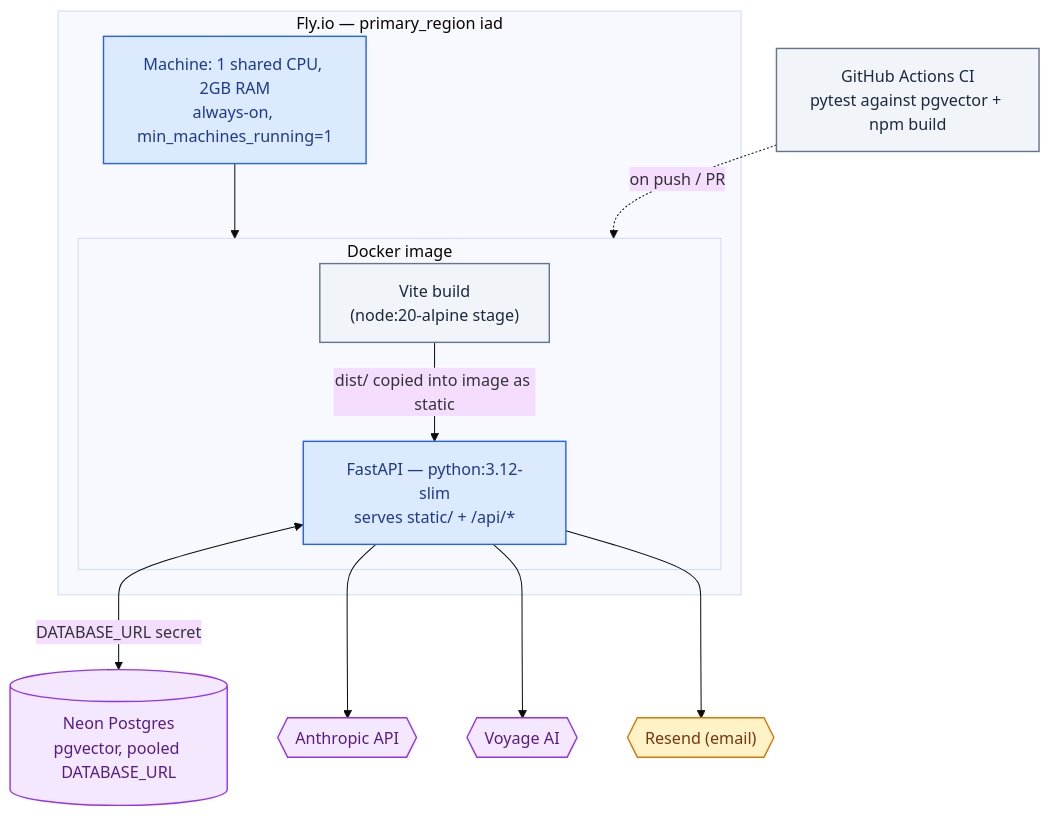
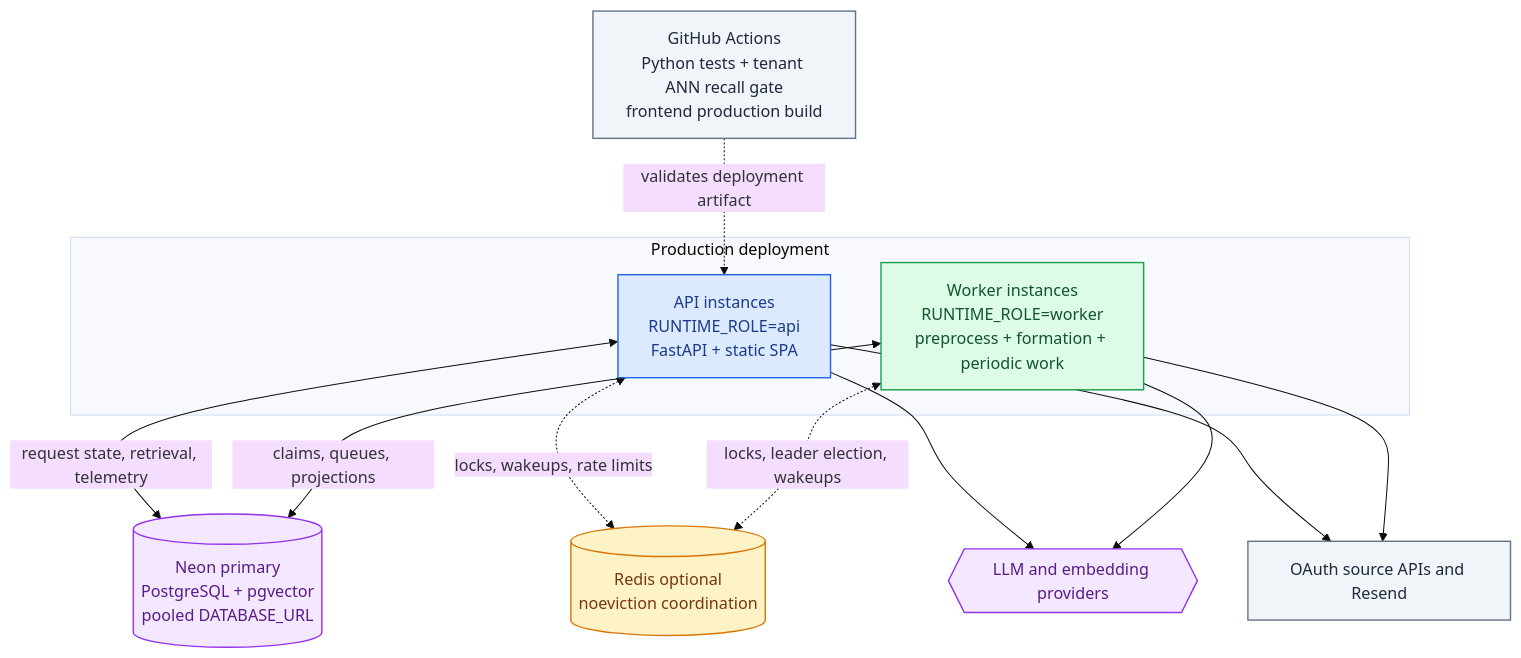
The eighth of 8 diagrams in README.md (KarimMakhlas/YBase), drawn with Mermaid (base theme) before and after one commit. The commit also changed other lines of this file and 1 other file, not shown here.

Commit message:
docs: rebuild current architecture documentation

````diff
--- a/README.md
+++ b/README.md
@@ -884,28 +977,28 @@
 ```mermaid
 flowchart TB
-  subgraph FlyIO["Fly.io — primary_region iad"]
-    VM["Machine: 1 shared CPU, 2GB RAM<br/>always-on, min_machines_running=1"]:::blue
-    subgraph Container["Docker image"]
-      UIbuild["Vite build<br/>(node:20-alpine stage)"]:::gray
-      API2["FastAPI — python:3.12-slim<br/>serves static/ + /api/*"]:::blue
-    end
-    VM --> Container
+  Build["GitHub Actions<br/>Python tests + tenant ANN recall gate<br/>frontend production build"]:::gray
+  subgraph Runtime["Production deployment"]
+    API2["API instances<br/>RUNTIME_ROLE=api<br/>FastAPI + static SPA"]:::blue
+    Worker["Worker instances<br/>RUNTIME_ROLE=worker<br/>preprocess + formation + periodic work"]:::green
   end
-  Neon[(Neon Postgres<br/>pgvector, pooled DATABASE_URL)]:::purple
-  Anthropic{{"Anthropic API"}}:::purple
-  Voyage{{"Voyage AI"}}:::purple
-  Resend{{"Resend (email)"}}:::amber
-  GH["GitHub Actions CI<br/>pytest against pgvector + npm build"]:::gray
+  Neon[(Neon primary<br/>PostgreSQL + pgvector<br/>pooled DATABASE_URL)]:::purple
+  Redis[(Redis optional<br/>noeviction coordination)]:::amber
+  Providers{{"LLM and embedding providers"}}:::purple
+  Connectors["OAuth source APIs and Resend"]:::gray
 
-  UIbuild -->|dist/ copied into image as static| API2
-  API2 <-->|DATABASE_URL secret| Neon
-  API2 --> Anthropic
-  API2 --> Voyage
-  API2 --> Resend
-  GH -.->|on push / PR| Container
+  Build -.validates deployment artifact.-> API2
+  API2 <-->|request state, retrieval, telemetry| Neon
+  Worker <-->|claims, queues, projections| Neon
+  API2 <-.locks, wakeups, rate limits.-> Redis
+  Worker <-.locks, leader election, wakeups.-> Redis
+  API2 --> Providers
+  Worker --> Providers
+  API2 --> Connectors
+  Worker --> Connectors
 
   classDef blue   fill:#dbeafe,stroke:#2563eb,color:#1e3a8a,stroke-width:1.4px;
+  classDef green  fill:#dcfce7,stroke:#16a34a,color:#14532d,stroke-width:1.4px;
   classDef purple fill:#f3e8ff,stroke:#9333ea,color:#581c87,stroke-width:1.4px;
   classDef amber  fill:#fef3c7,stroke:#d97706,color:#78350f,stroke-width:1.4px;
   classDef gray   fill:#f1f5f9,stroke:#64748b,color:#1e293b,stroke-width:1.4px;
 ```
````
